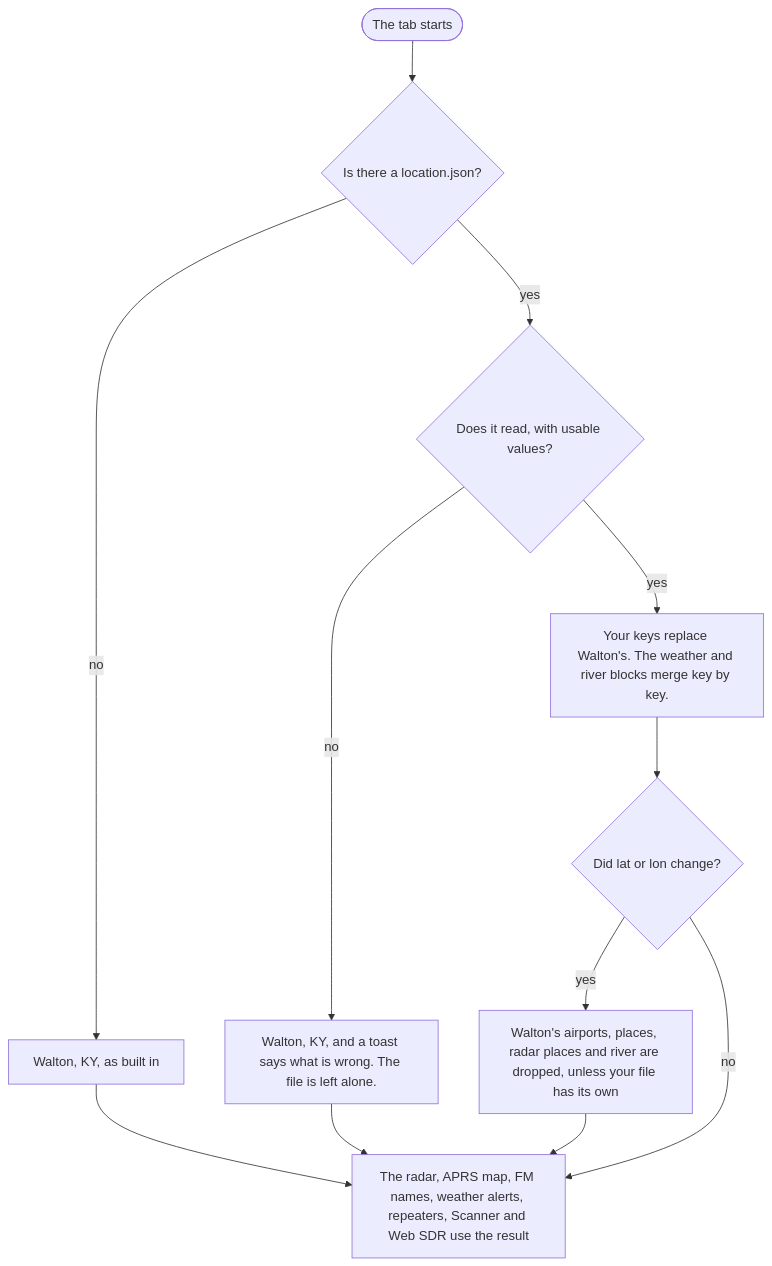
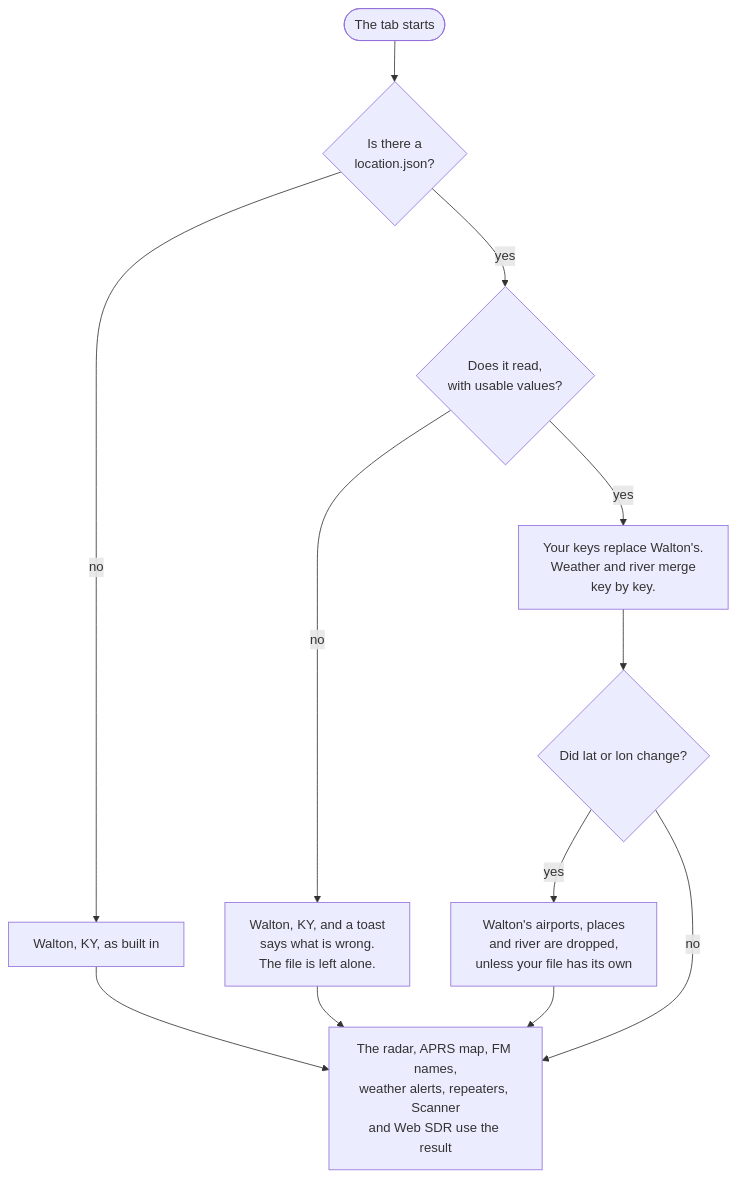
The first of 4 diagrams in docs/details.md (RedThoroughbred/rtl-sdr-tab), drawn with Mermaid before and after one commit. The commit also changed other lines of this file, not shown here.

Commit message:
docs: diagrams that fit the page (long chains top to bottom, shorter label lines)

````diff
--- a/docs/details.md
+++ b/docs/details.md
@@ -56,14 +56,14 @@
 ```mermaid
 flowchart TD
-    boot(["The tab starts"]) --> exists{"Is there a location.json?"}
+    boot(["The tab starts"]) --> exists{"Is there a<br>location.json?"}
     exists -->|no| walton["Walton, KY, as built in"]
-    exists -->|yes| valid{"Does it read, with usable values?"}
-    valid -->|no| broken["Walton, KY, and a toast says what is wrong. The file is left alone."]
-    valid -->|yes| merge["Your keys replace Walton's. The weather and river blocks merge key by key."]
+    exists -->|yes| valid{"Does it read,<br>with usable values?"}
+    valid -->|no| broken["Walton, KY, and a toast<br>says what is wrong.<br>The file is left alone."]
+    valid -->|yes| merge["Your keys replace Walton's.<br>Weather and river merge<br>key by key."]
     merge --> moved{"Did lat or lon change?"}
-    moved -->|yes| drop["Walton's airports, places, radar places and river are dropped, unless your file has its own"]
+    moved -->|yes| drop["Walton's airports, places<br>and river are dropped,<br>unless your file has its own"]
     moved -->|no| use
-    drop --> use["The radar, APRS map, FM names, weather alerts, repeaters, Scanner and Web SDR use the result"]
+    drop --> use["The radar, APRS map, FM names,<br>weather alerts, repeaters, Scanner<br>and Web SDR use the result"]
     walton --> use
     broken --> use
 ```
````
